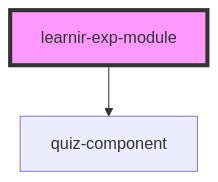
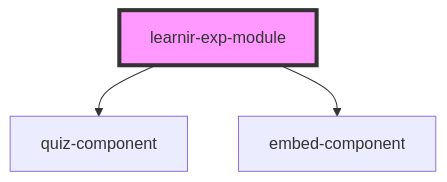
Before and after one commit to Learnir/learnir-exp-components: the diagram in src/components/learnir-exp-module/readme.md, drawn with Mermaid. The commit also changed other lines of this file and 7 other files, not shown here.

````diff
--- a/src/components/learnir-exp-module/readme.md
+++ b/src/components/learnir-exp-module/readme.md
@@ -23,5 +24,6 @@
 ```mermaid
 graph TD;
   learnir-exp-module --> quiz-component
+  learnir-exp-module --> embed-component
   style learnir-exp-module fill:#f9f,stroke:#333,stroke-width:4px
 ```
````
